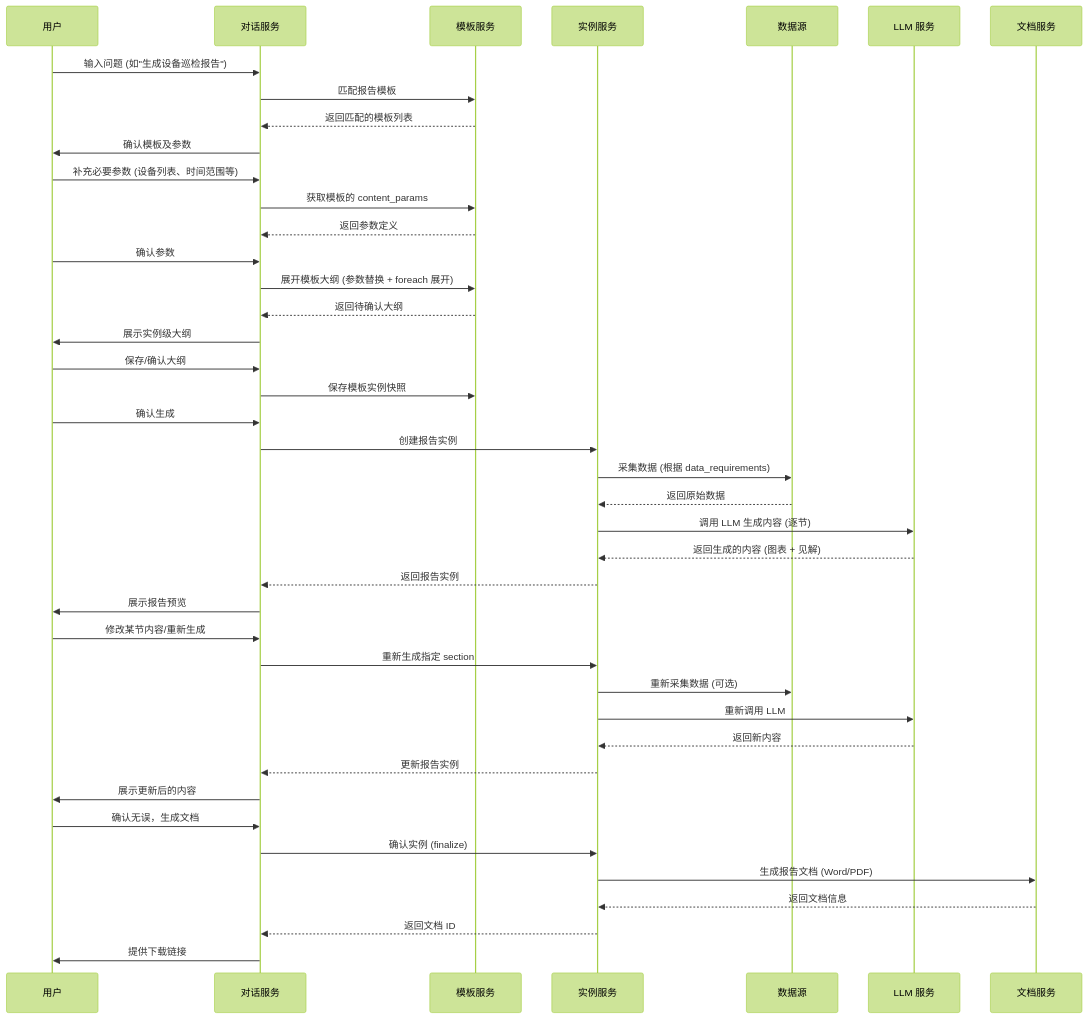
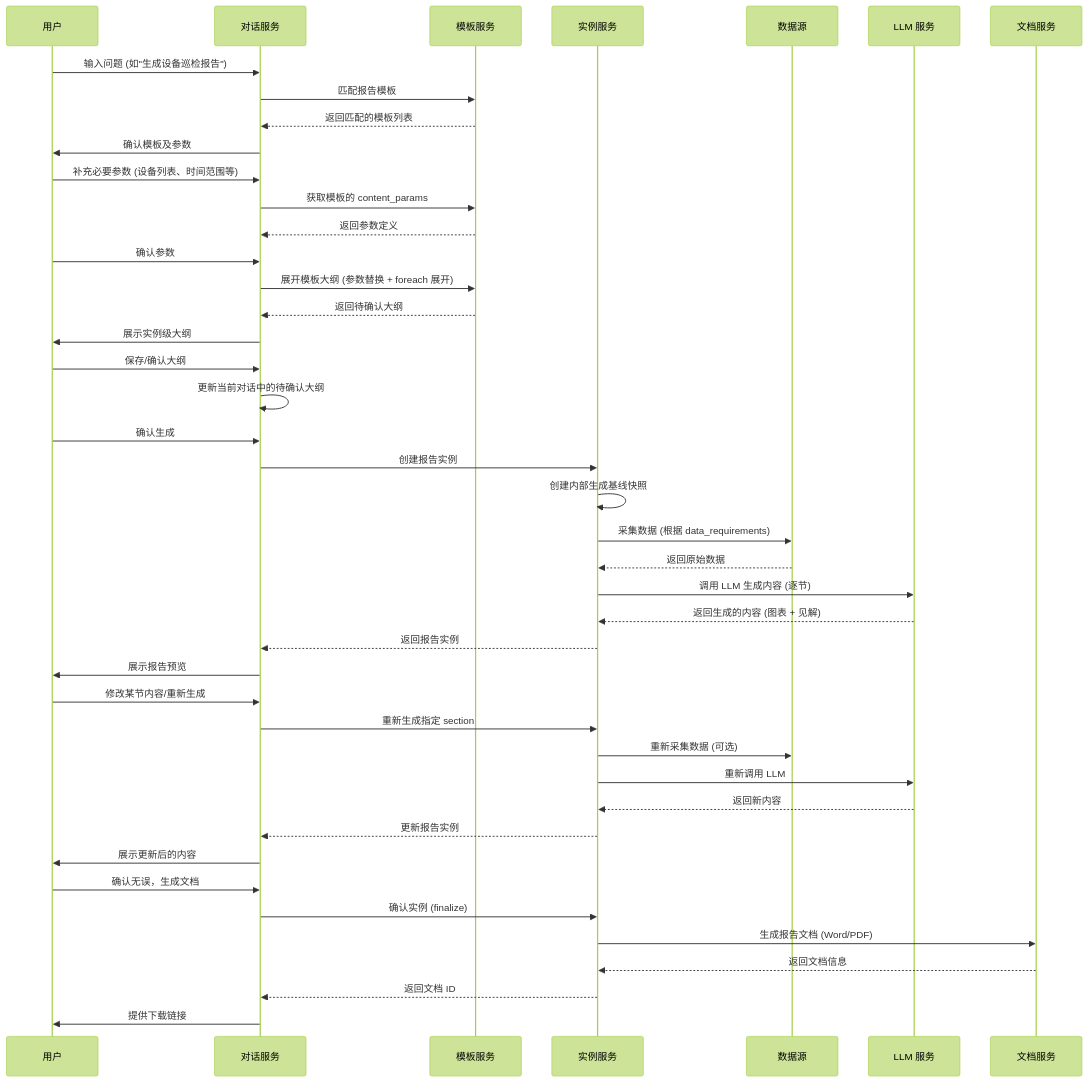
One commit to shel447/ReportSystem changed the second of 6 diagrams in design/design.md. Above: the diagram before and after it, drawn with Mermaid (forest theme). The commit also changed other lines of this file and 25 other files, not shown here.

````diff
--- a/design/design.md
+++ b/design/design.md
@@ -103,56 +103,57 @@
 ```mermaid
 sequenceDiagram
     participant User as 用户
     participant Chat as 对话服务
     participant Template as 模板服务
     participant Instance as 实例服务
     participant Data as 数据源
     participant LLM as LLM 服务
     participant Doc as 文档服务
 
     %% 阶段 1: 模板匹配
     User->>Chat: 输入问题 (如"生成设备巡检报告")
     Chat->>Template: 匹配报告模板
     Template-->>Chat: 返回匹配的模板列表
     Chat->>User: 确认模板及参数
 
     %% 阶段 2: 参数收集
     User->>Chat: 补充必要参数 (设备列表、时间范围等)
     Chat->>Template: 获取模板的 content_params
     Template-->>Chat: 返回参数定义
 
     %% 阶段 3: 大纲确认
     User->>Chat: 确认参数
     Chat->>Template: 展开模板大纲 (参数替换 + foreach 展开)
     Template-->>Chat: 返回待确认大纲
     Chat->>User: 展示实例级大纲
     User->>Chat: 保存/确认大纲
-    Chat->>Template: 保存模板实例快照
+    Chat->>Chat: 更新当前对话中的待确认大纲
 
     %% 阶段 4: 生成报告实例
     User->>Chat: 确认生成
     Chat->>Instance: 创建报告实例
+    Instance->>Instance: 创建内部生成基线快照
     Instance->>Data: 采集数据 (根据 data_requirements)
     Data-->>Instance: 返回原始数据
     Instance->>LLM: 调用 LLM 生成内容 (逐节)
     LLM-->>Instance: 返回生成的内容 (图表 + 见解)
     Instance-->>Chat: 返回报告实例
     Chat->>User: 展示报告预览
 
     %% 阶段 5: 修改与重新生成
     User->>Chat: 修改某节内容/重新生成
     Chat->>Instance: 重新生成指定 section
     Instance->>Data: 重新采集数据 (可选)
     Instance->>LLM: 重新调用 LLM
     LLM-->>Instance: 返回新内容
     Instance-->>Chat: 更新报告实例
     Chat->>User: 展示更新后的内容
 
     %% 阶段 6: 生成文档
     User->>Chat: 确认无误，生成文档
     Chat->>Instance: 确认实例 (finalize)
     Instance->>Doc: 生成报告文档 (Word/PDF)
     Doc-->>Instance: 返回文档信息
     Instance-->>Chat: 返回文档 ID
     Chat->>User: 提供下载链接
 ```
````
